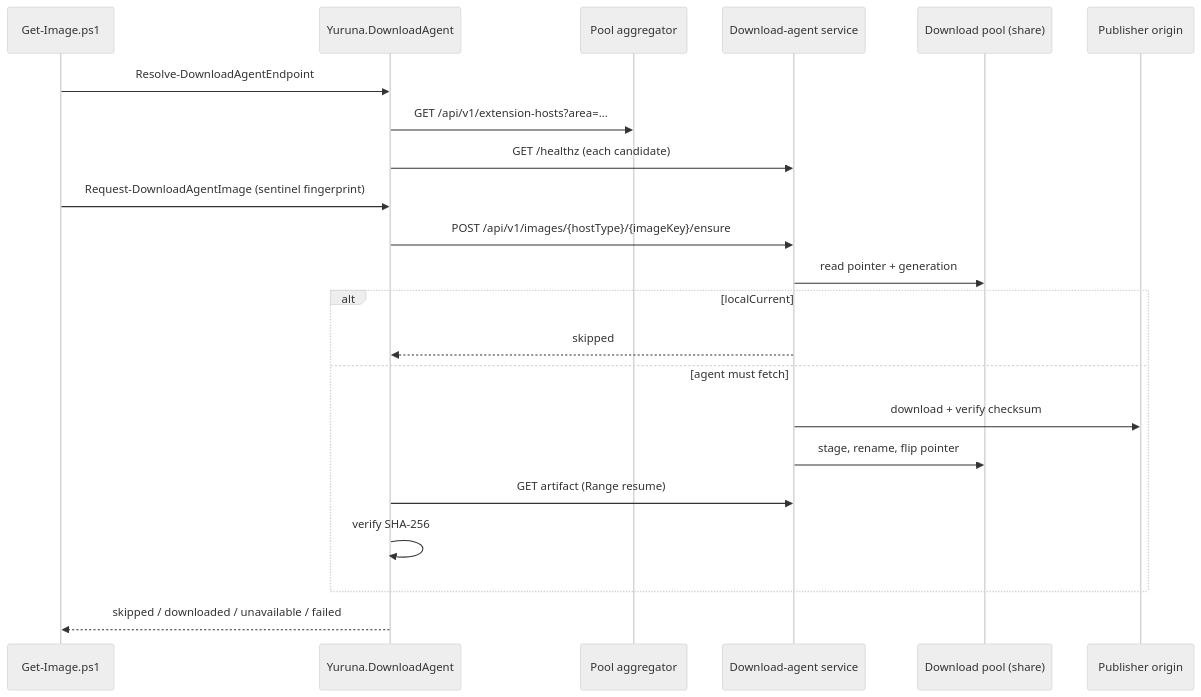
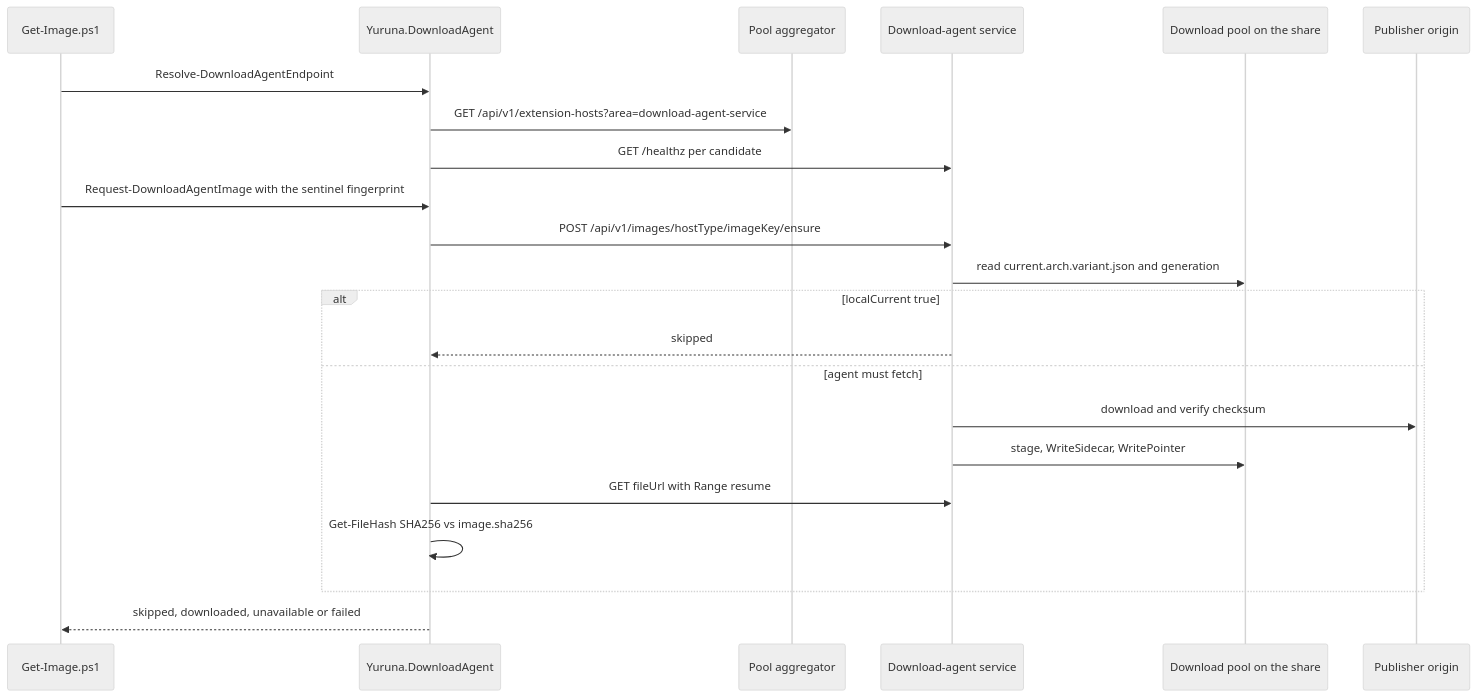
One commit to alissonsol/yuruna changed the fifth of 6 diagrams in docs/design/03-data-flows.md. Above: the diagram before and after it, drawn with Mermaid (neutral theme). The commit also changed other lines of this file and 652 other files, not shown here.

````diff
--- a/docs/design/03-data-flows.md
+++ b/docs/design/03-data-flows.md
@@ -207,25 +391,25 @@
 ```mermaid
 sequenceDiagram
     participant Image as Get-Image.ps1
     participant Client as Yuruna.DownloadAgent
     participant Agg as Pool aggregator
     participant Agent as Download-agent service
-    participant Pool as Download pool (share)
+    participant Pool as Download pool on the share
     participant Origin as Publisher origin
 
     Image->>Client: Resolve-DownloadAgentEndpoint
-    Client->>Agg: GET /api/v1/extension-hosts?area=...
-    Client->>Agent: GET /healthz (each candidate)
-    Image->>Client: Request-DownloadAgentImage (sentinel fingerprint)
-    Client->>Agent: POST /api/v1/images/{hostType}/{imageKey}/ensure
-    Agent->>Pool: read pointer + generation
-    alt localCurrent
+    Client->>Agg: GET /api/v1/extension-hosts?area=download-agent-service
+    Client->>Agent: GET /healthz per candidate
+    Image->>Client: Request-DownloadAgentImage with the sentinel fingerprint
+    Client->>Agent: POST /api/v1/images/hostType/imageKey/ensure
+    Agent->>Pool: read current.arch.variant.json and generation
+    alt localCurrent true
         Agent-->>Client: skipped
     else agent must fetch
-        Agent->>Origin: download + verify checksum
-        Agent->>Pool: stage, rename, flip pointer
-        Client->>Agent: GET artifact (Range resume)
-        Client->>Client: verify SHA-256
+        Agent->>Origin: download and verify checksum
+        Agent->>Pool: stage, WriteSidecar, WritePointer
+        Client->>Agent: GET fileUrl with Range resume
+        Client->>Client: Get-FileHash SHA256 vs image.sha256
     end
-    Client-->>Image: skipped / downloaded / unavailable / failed
+    Client-->>Image: skipped, downloaded, unavailable or failed
 ```
````
